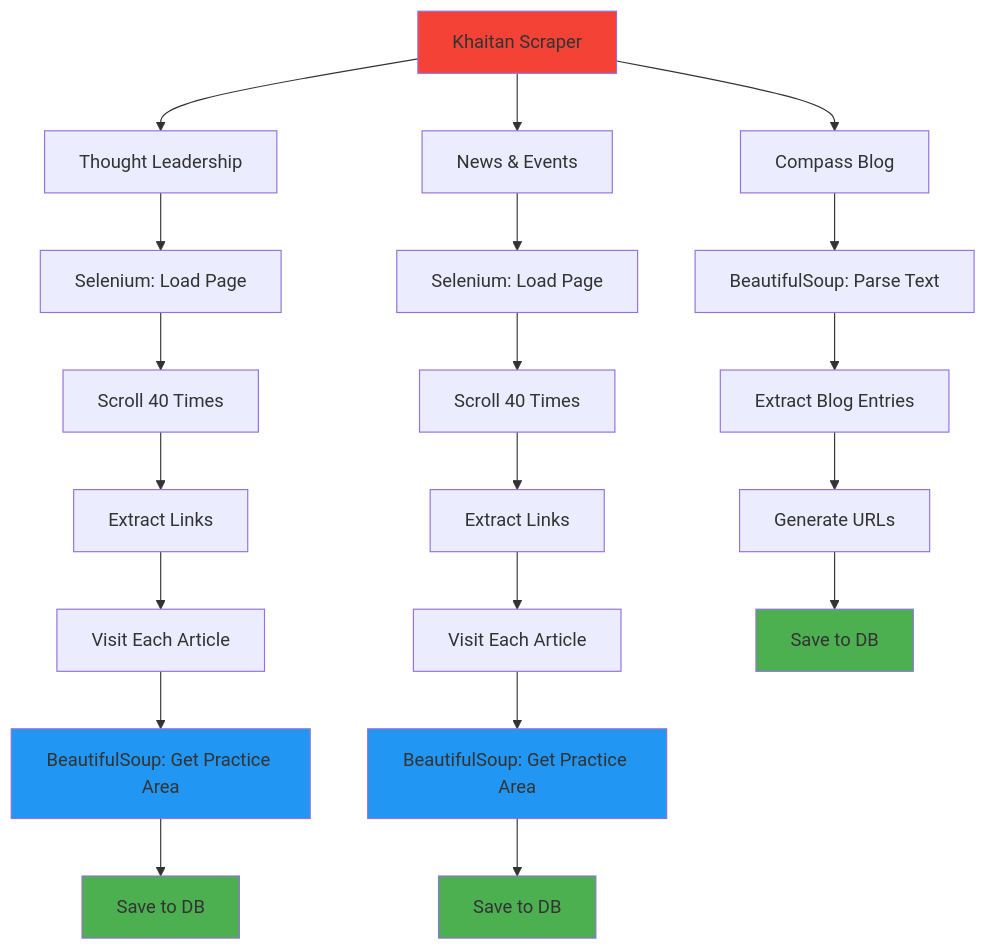
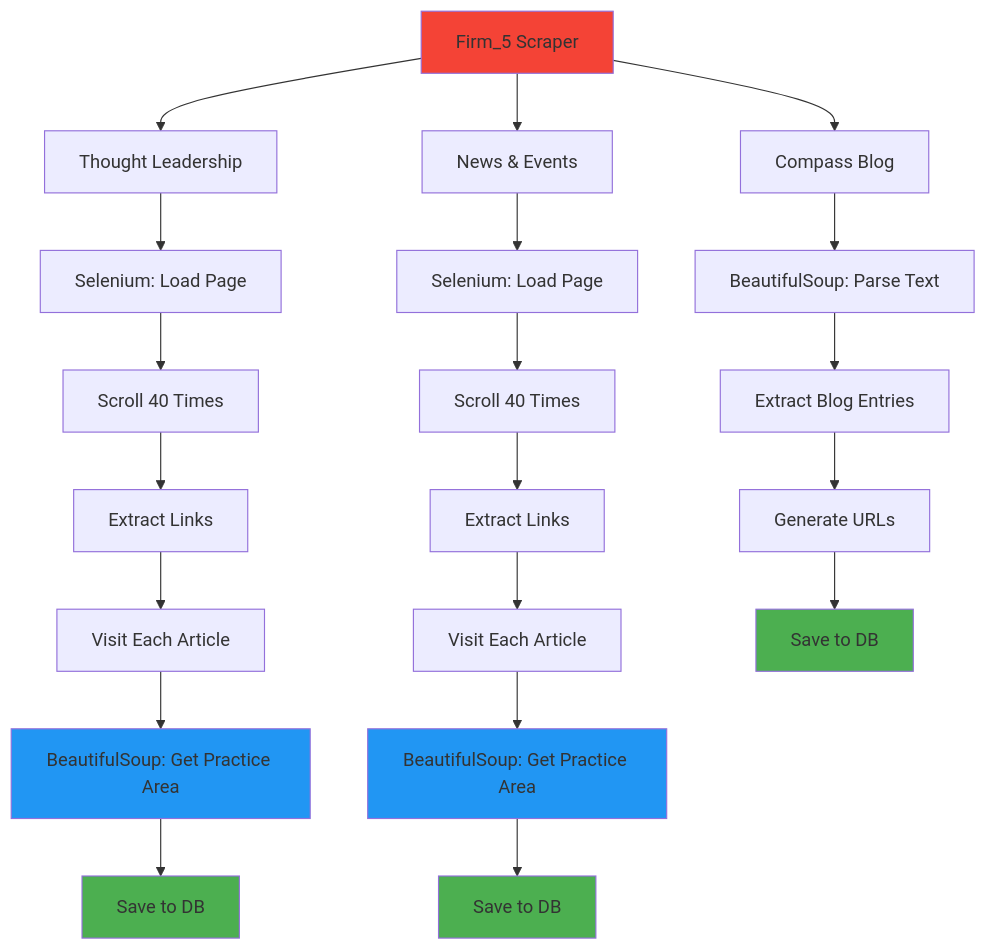
Diagram 12 of 27 in readme.md (Acash-bits/Law-Firm-Publications-Scraper-Suite), drawn with Mermaid before and after one commit. The commit also changed other lines of this file, not shown here.

Commit message:
Change in the font and style of System architecture diagram

````diff
--- a/readme.md
+++ b/readme.md
@@ -814,32 +805,32 @@
 ```mermaid
 graph TB
-    A[Khaitan Scraper] --> B[Thought Leadership]
+    A[Firm_5 Scraper] --> B[Thought Leadership]
     A --> C[News & Events]
     A --> D[Compass Blog]
     
     B --> B1[Selenium: Load Page]
     B1 --> B2[Scroll 40 Times]
     B2 --> B3[Extract Links]
     B3 --> B4[Visit Each Article]
     B4 --> B5[BeautifulSoup: Get Practice Area]
     B5 --> B6[Save to DB]
     
     C --> C1[Selenium: Load Page]
     C1 --> C2[Scroll 40 Times]
     C2 --> C3[Extract Links]
     C3 --> C4[Visit Each Article]
     C4 --> C5[BeautifulSoup: Get Practice Area]
     C5 --> C6[Save to DB]
     
     D --> D1[BeautifulSoup: Parse Text]
     D1 --> D2[Extract Blog Entries]
     D2 --> D3[Generate URLs]
     D3 --> D4[Save to DB]
     
     style A fill:#F44336
     style B5 fill:#2196F3
     style C5 fill:#2196F3
     style B6 fill:#4CAF50
     style C6 fill:#4CAF50
     style D4 fill:#4CAF50
 ```
````
